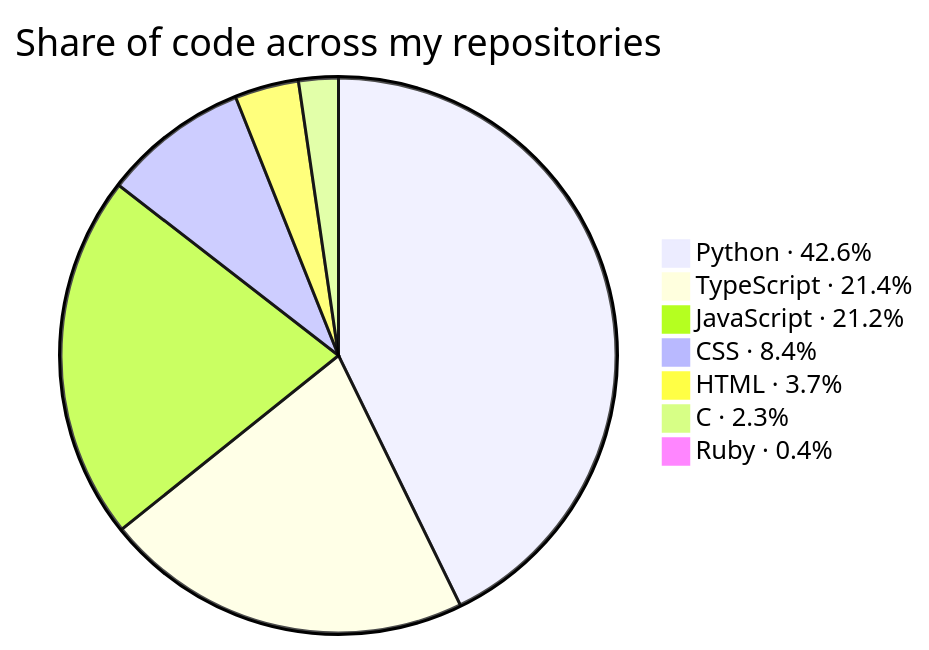
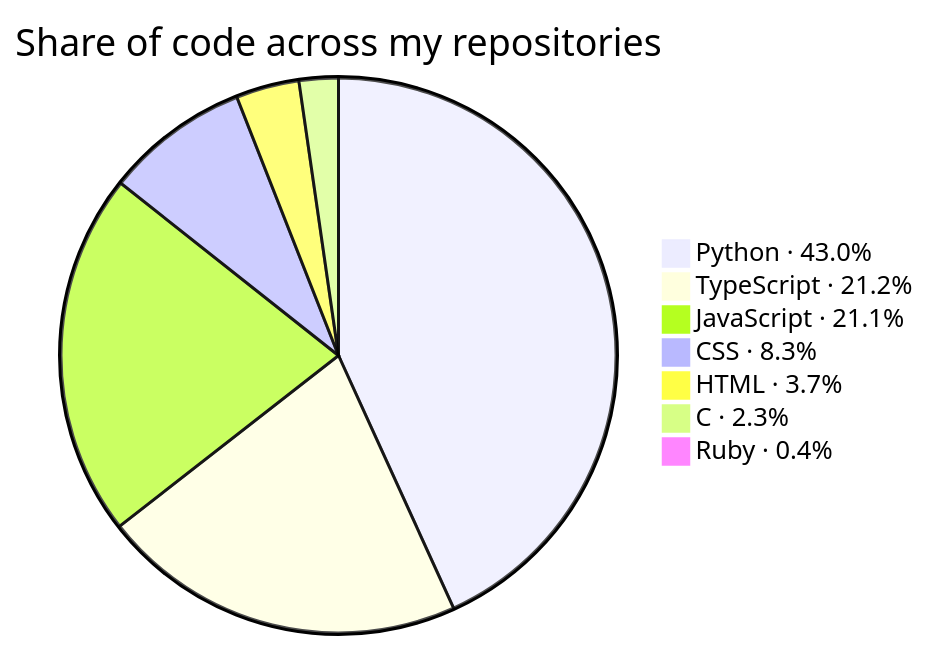
One commit to KathFK1234/KathFK1234 changed the second of 3 diagrams in README.md. Above: the diagram before and after it, drawn with Mermaid. The commit also changed other lines of this file and 7 other files, not shown here.

````diff
--- a/README.md
+++ b/README.md
@@ -109,11 +109,11 @@
 ```mermaid
 %%{init: {"themeVariables": {"pieSectionTextSize": "0px"}}}%%
 pie title Share of code across my repositories
-    "Python · 42.6%" : 1161.8
-    "TypeScript · 21.4%" : 583.1
-    "JavaScript · 21.2%" : 577.2
-    "CSS · 8.4%" : 230.2
-    "HTML · 3.7%" : 101.1
+    "Python · 43.0%" : 1187.0
+    "TypeScript · 21.2%" : 584.2
+    "JavaScript · 21.1%" : 582.6
+    "CSS · 8.3%" : 230.2
+    "HTML · 3.7%" : 101.2
     "C · 2.3%" : 62.7
     "Ruby · 0.4%" : 10.1
 ```
````
